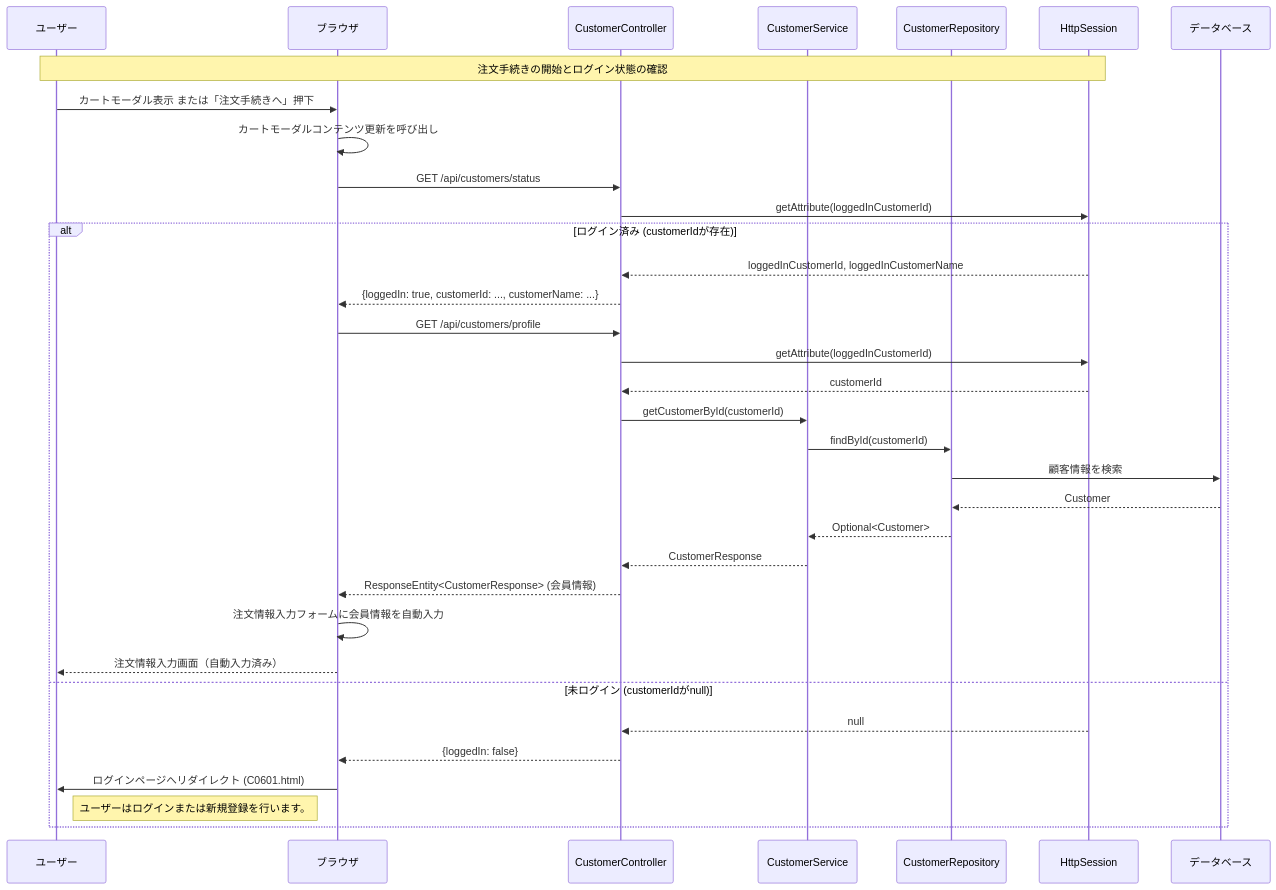
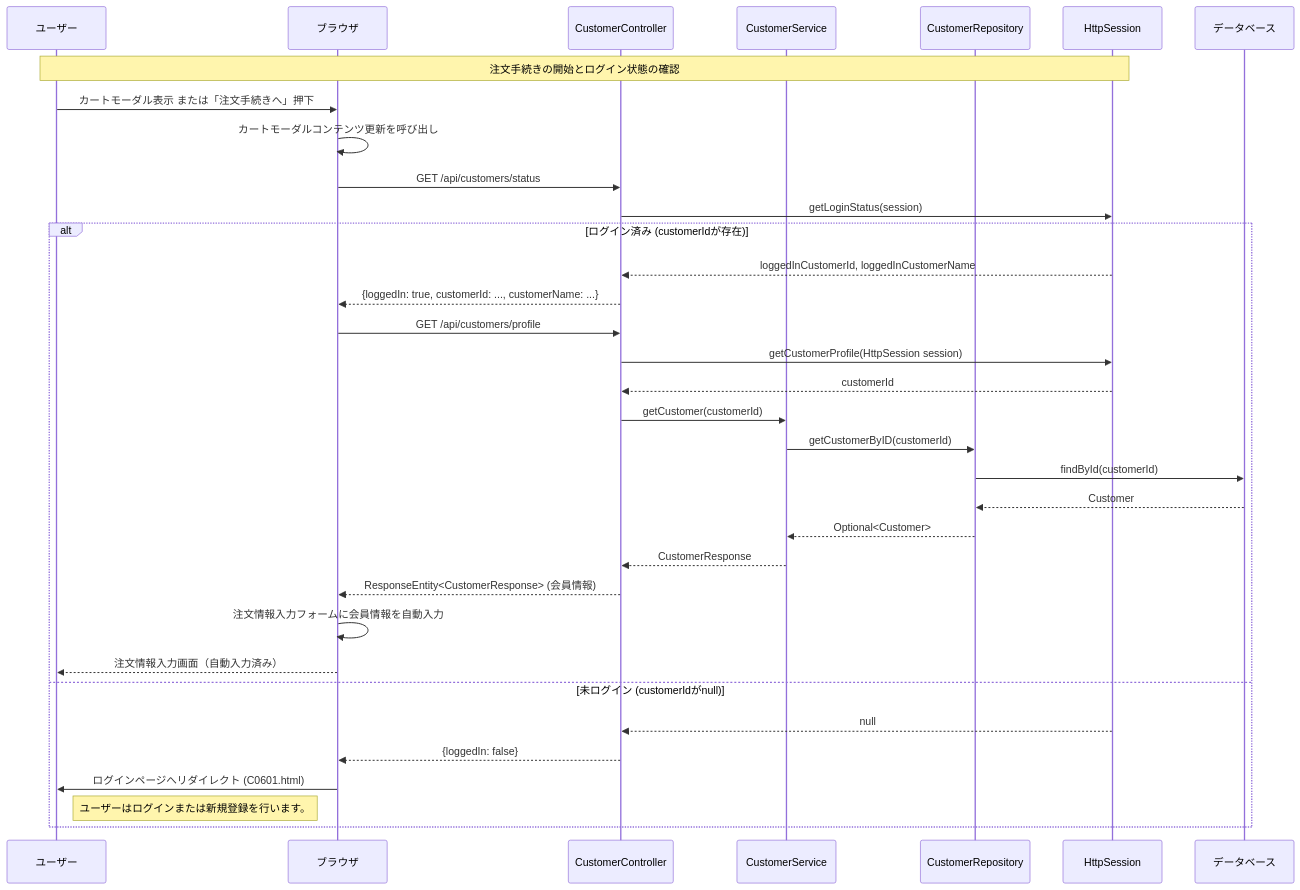
One commit to shogomaeda758/Bacon changed diagram 13 of 22 in 詳細設計/詳細設計書_v3.md. Above: the diagram before and after it, drawn with Mermaid. The commit also changed other lines of this file, not shown here.

Commit message:
シーケンス図のメソッド修正2

````diff
--- a/詳細設計/詳細設計書_v3.md
+++ b/詳細設計/詳細設計書_v3.md
@@ -516,37 +516,37 @@
 ```mermaid
 sequenceDiagram
     participant U as ユーザー
     participant B as ブラウザ
     participant CUC as CustomerController
     participant CUS as CustomerService
     participant CR as CustomerRepository
     participant S as HttpSession
     participant DB as データベース
 
     Note over U,S: 注文手続きの開始とログイン状態の確認
     U->>B: カートモーダル表示 または「注文手続きへ」押下
     B->>B: カートモーダルコンテンツ更新を呼び出し
     B->>CUC: GET /api/customers/status
-    CUC->>S: getAttribute(loggedInCustomerId)
+    CUC->>S: getLoginStatus(session)
     alt ログイン済み (customerIdが存在)
         S-->>CUC: loggedInCustomerId, loggedInCustomerName
         CUC-->>B: {loggedIn: true, customerId: ..., customerName: ...}
         B->>CUC: GET /api/customers/profile
-        CUC->>S: getAttribute(loggedInCustomerId)
+        CUC->>S: getCustomerProfile(HttpSession session)
         S-->>CUC: customerId
-        CUC->>CUS: getCustomerById(customerId)
-        CUS->>CR: findById(customerId)
-        CR->>DB: 顧客情報を検索
+        CUC->>CUS:getCustomer(customerId)
+        CUS->>CR: getCustomerByID(customerId)
+        CR->>DB: findById(customerId)
         DB-->>CR: Customer
         CR-->>CUS: Optional<Customer>
         CUS-->>CUC: CustomerResponse
         CUC-->>B: ResponseEntity<CustomerResponse> (会員情報)
         B->>B: 注文情報入力フォームに会員情報を自動入力
         B-->>U: 注文情報入力画面（自動入力済み）
     else 未ログイン (customerIdがnull)
         S-->>CUC: null
         CUC-->>B: {loggedIn: false}
         B->>U: ログインページへリダイレクト (C0601.html)
         Note right of U: ユーザーはログインまたは新規登録を行います。
     end
 ```
````
